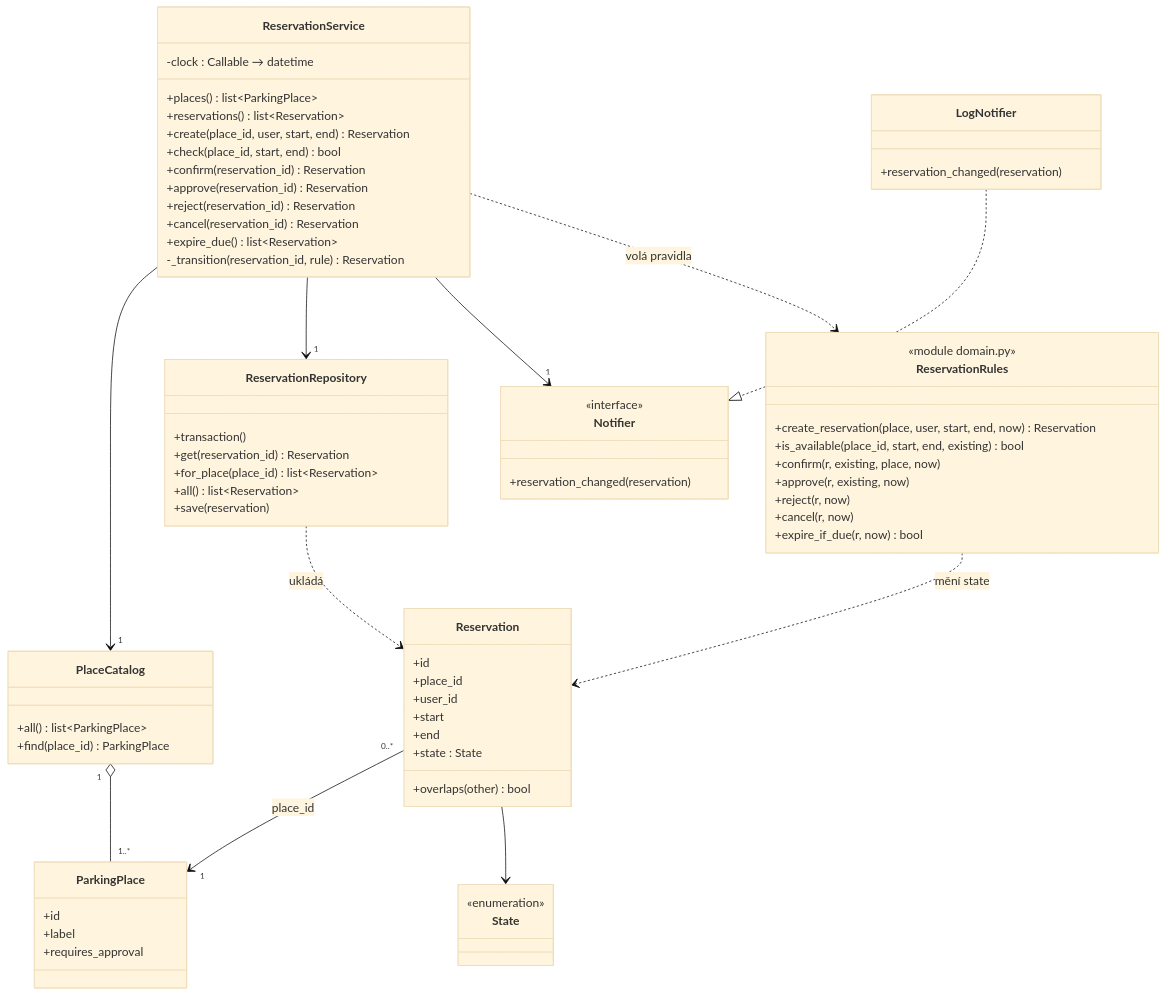
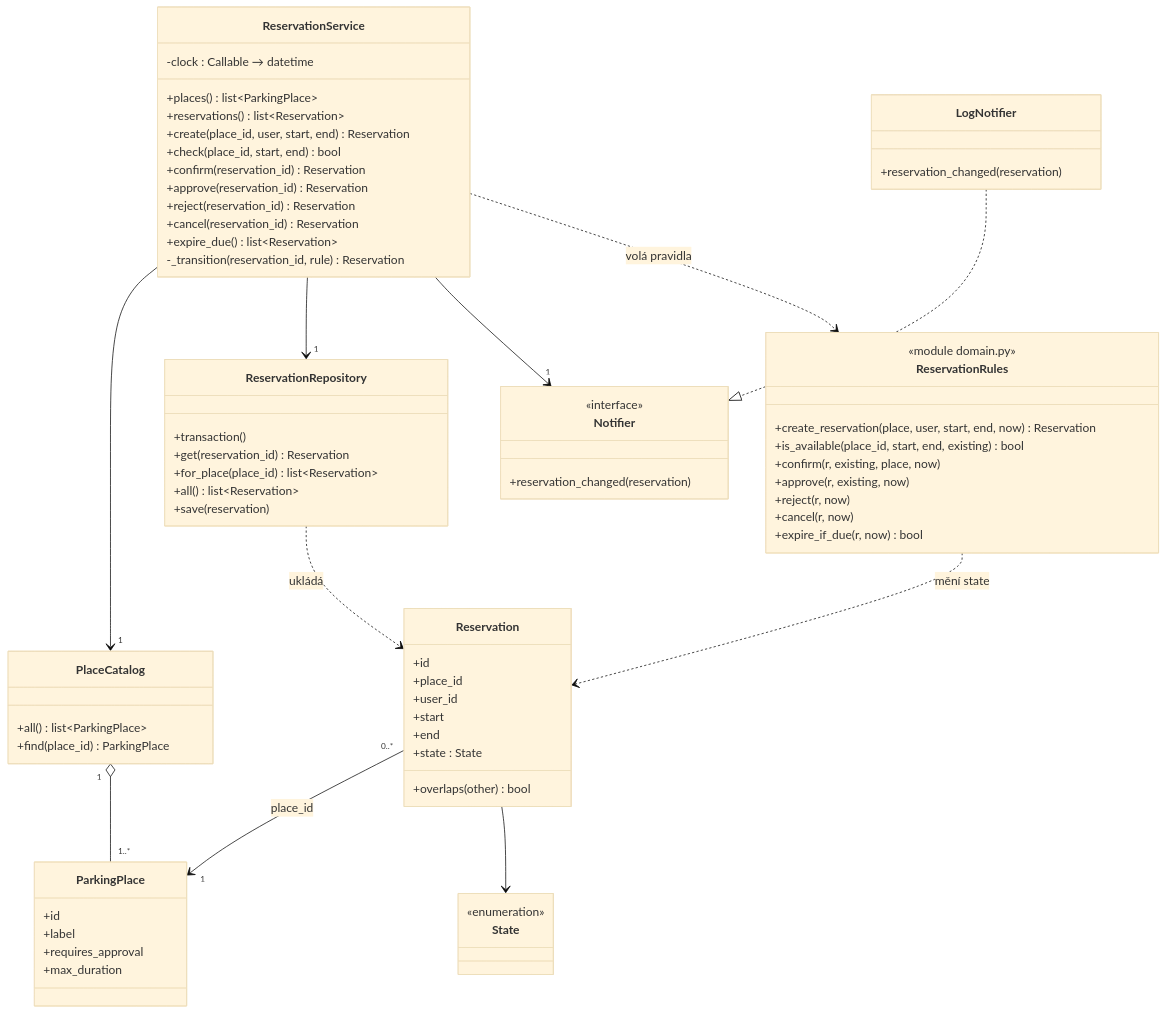
Before and after one commit to RomanGregor/ParkingReservations: the sixth of 9 diagrams in docs/architecture-and-decisions.md, drawn with Mermaid (base theme). The commit also changed other lines of this file and 3 other files, not shown here.

First line of the commit message:
C09: GUI check for AC-06 and design views updated for max_duration

````diff
--- a/docs/architecture-and-decisions.md
+++ b/docs/architecture-and-decisions.md
@@ -483,72 +484,73 @@
 ```mermaid
 classDiagram
     class ReservationService {
         -clock : Callable → datetime
         +places() list~ParkingPlace~
         +reservations() list~Reservation~
         +create(place_id, user, start, end) Reservation
         +check(place_id, start, end) bool
         +confirm(reservation_id) Reservation
         +approve(reservation_id) Reservation
         +reject(reservation_id) Reservation
         +cancel(reservation_id) Reservation
         +expire_due() list~Reservation~
         -_transition(reservation_id, rule) Reservation
     }
     class PlaceCatalog {
         +all() list~ParkingPlace~
         +find(place_id) ParkingPlace
     }
     class ReservationRepository {
         +transaction()
         +get(reservation_id) Reservation
         +for_place(place_id) list~Reservation~
         +all() list~Reservation~
         +save(reservation)
     }
     class Notifier {
         <<interface>>
         +reservation_changed(reservation)
     }
     class LogNotifier {
         +reservation_changed(reservation)
     }
     class ReservationRules {
         <<module domain.py>>
         +create_reservation(place, user, start, end, now) Reservation
         +is_available(place_id, start, end, existing) bool
         +confirm(r, existing, place, now)
         +approve(r, existing, now)
         +reject(r, now)
         +cancel(r, now)
         +expire_if_due(r, now) bool
     }
     class Reservation {
         +id
         +place_id
         +user_id
         +start
         +end
         +state : State
         +overlaps(other) bool
     }
     class ParkingPlace {
         +id
         +label
         +requires_approval
+        +max_duration
     }
     class State {
         <<enumeration>>
     }
 
     ReservationService --> "1" PlaceCatalog
     ReservationService --> "1" ReservationRepository
     ReservationService --> "1" Notifier
     ReservationService ..> ReservationRules : volá pravidla
     LogNotifier ..|> Notifier
     ReservationRules ..> Reservation : mění state
     ReservationRepository ..> Reservation : ukládá
     PlaceCatalog "1" o-- "1..*" ParkingPlace
     Reservation "0..*" --> "1" ParkingPlace : place_id
     Reservation --> State
 ```
````
